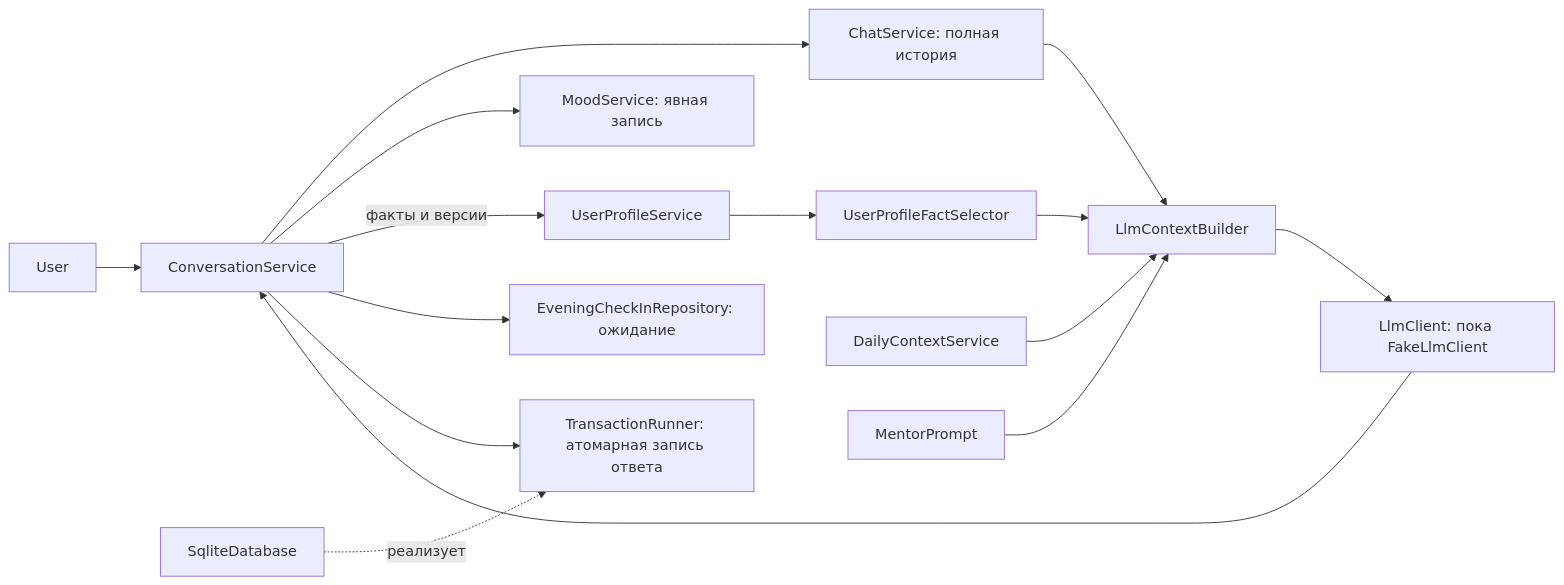
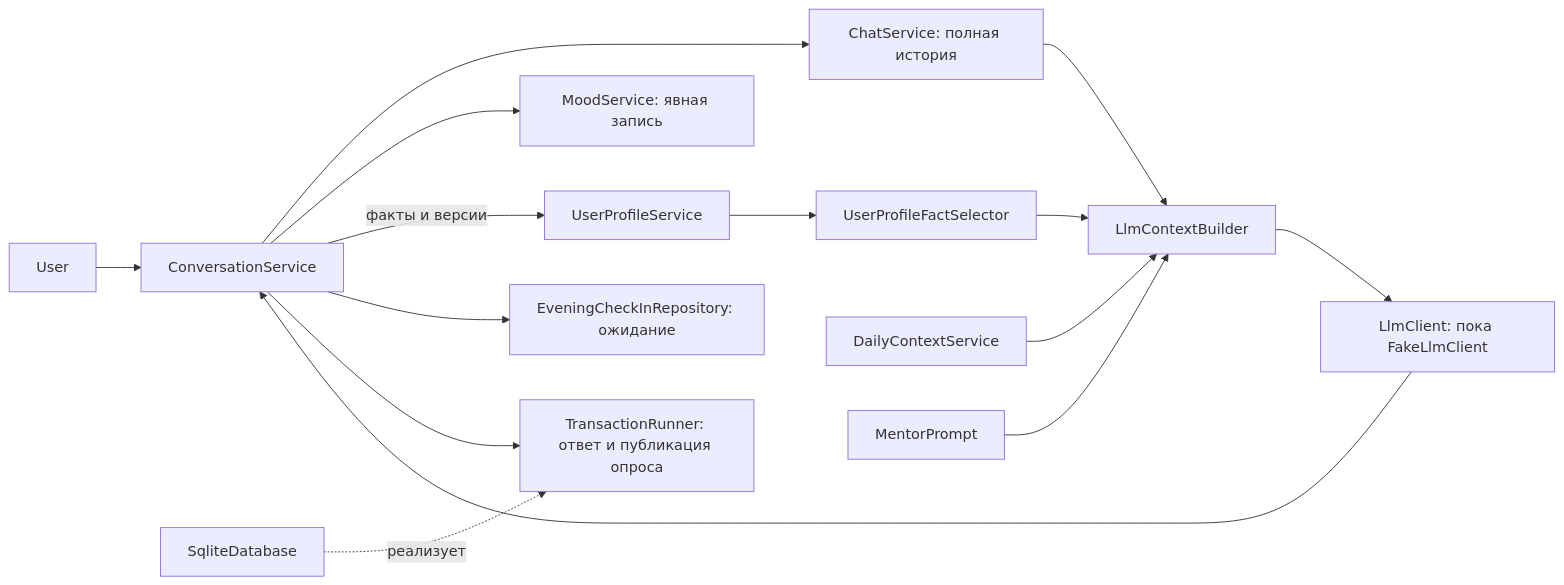
Before and after one commit to TasFoma/MySuperAssistant: the second of 2 diagrams in docs/architecture.md, drawn with Mermaid. The commit also changed other lines of this file and 11 other files, not shown here.

````diff
--- a/docs/architecture.md
+++ b/docs/architecture.md
@@ -295,17 +296,17 @@
 ```mermaid
 flowchart LR
     user[User] --> conversation[ConversationService]
     conversation --> chat[ChatService: полная история]
     profile[UserProfileService] --> selector[UserProfileFactSelector]
     selector --> builder[LlmContextBuilder]
     daily[DailyContextService] --> builder
     prompt[MentorPrompt] --> builder
     chat --> builder
     builder --> llm[LlmClient: пока FakeLlmClient]
     llm --> conversation
     conversation --> mood[MoodService: явная запись]
     conversation -->|факты и версии| profile
     conversation --> pending[EveningCheckInRepository: ожидание]
-    conversation --> transaction[TransactionRunner: атомарная запись ответа]
+    conversation --> transaction[TransactionRunner: ответ и публикация опроса]
     sqlite[SqliteDatabase] -. реализует .-> transaction
 ```
````
